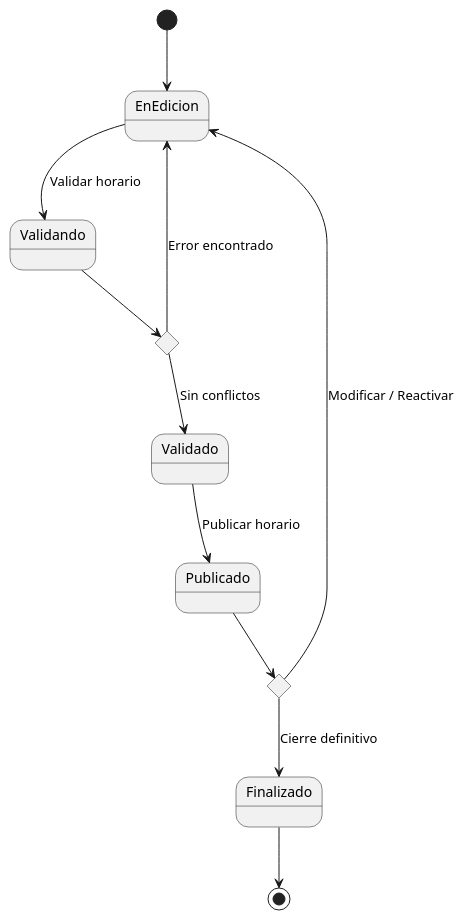
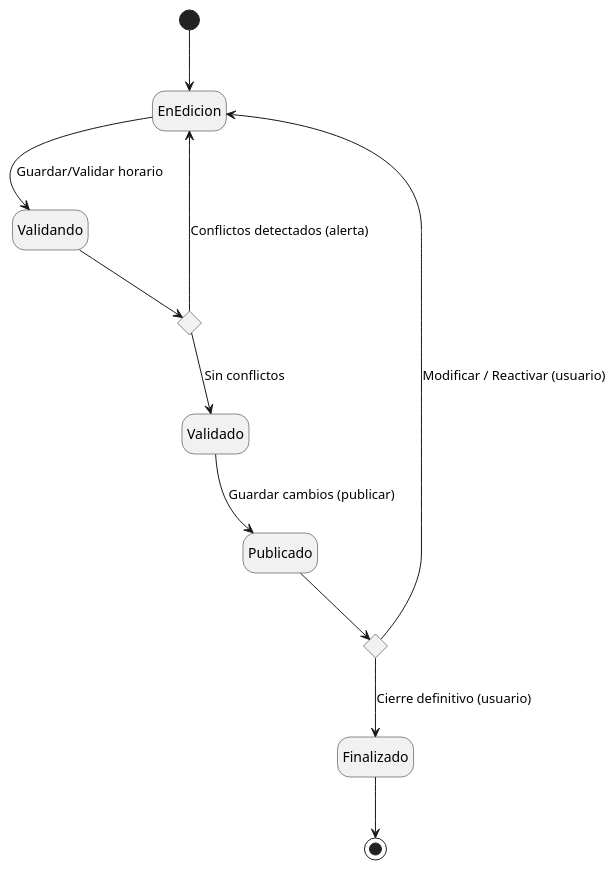
One commit to antoniogavilanes/Constructor_De_Horarios changed the diagram in Constructor_De_Horarios/images/modelosUML/diagramasDeEstados/v1.puml. Above: the diagram before and after it, drawn with PlantUML. The commit also changed 5 other files, not shown here.

```diff
--- a/Constructor_De_Horarios/images/modelosUML/diagramasDeEstados/v1.puml
+++ b/Constructor_De_Horarios/images/modelosUML/diagramasDeEstados/v1.puml
@@ -1,26 +1,27 @@
 @startuml
+hide empty description
 
 state EnEdicion
 state Validando
 state Validado
 state Publicado
 state Finalizado
 state choice1 <<choice>>
 state choice2 <<choice>>
 
 [*] --> EnEdicion
 
-EnEdicion --> Validando : Validar horario
+EnEdicion --> Validando : Guardar/Validar horario
 Validando --> choice1
-choice1 --> EnEdicion : Error encontrado
+choice1 --> EnEdicion : Conflictos detectados (alerta)
 choice1 --> Validado : Sin conflictos
 
-Validado --> Publicado : Publicar horario
+Validado --> Publicado : Guardar cambios (publicar)
 Publicado --> choice2
 
-choice2 --> EnEdicion : Modificar / Reactivar
-choice2 --> Finalizado : Cierre definitivo
+choice2 --> EnEdicion : Modificar / Reactivar (usuario)
+choice2 --> Finalizado : Cierre definitivo (usuario)
 
 Finalizado --> [*]
 
 @enduml
```
